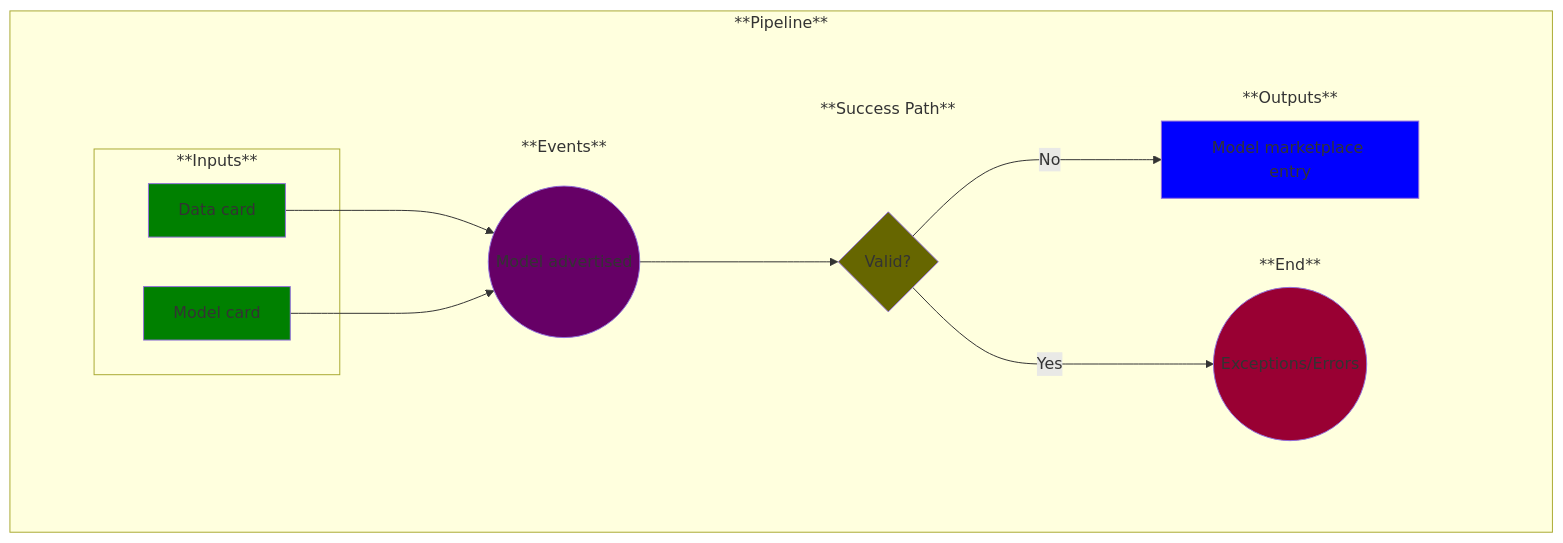
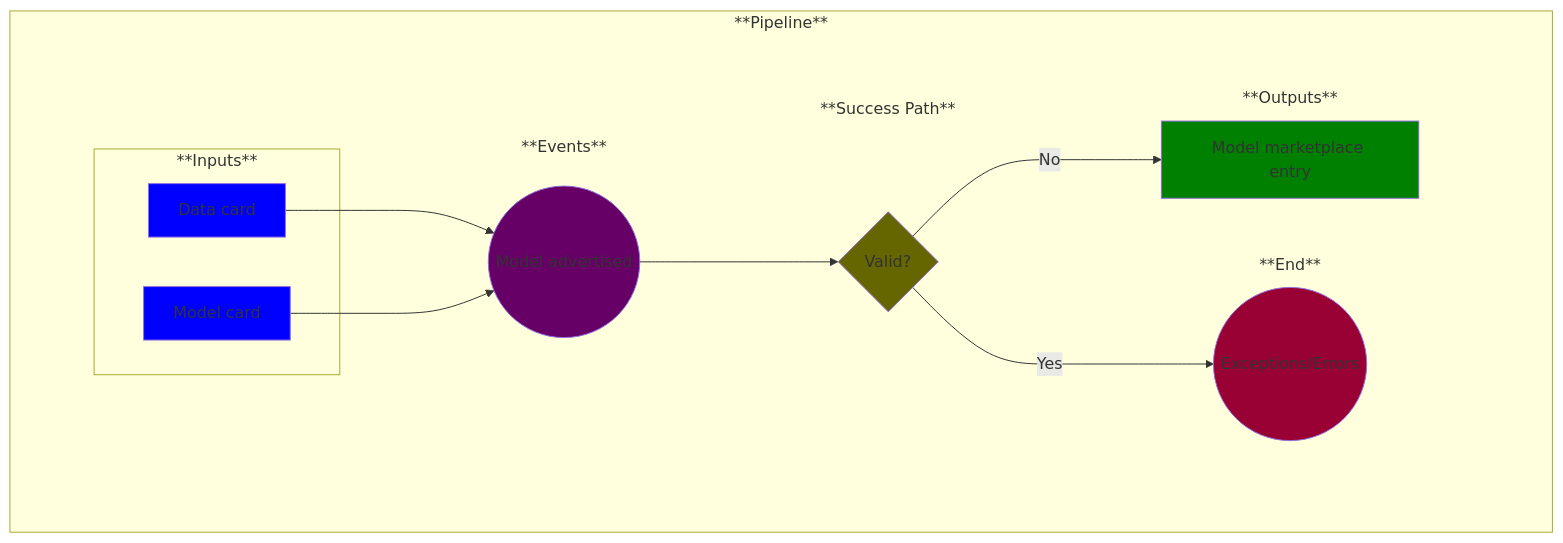
One commit to MLOps-OpenAPI/arch-diagrams changed the diagram in use-cases/17-model-marketplace.md. Above: the diagram before and after it, drawn with Mermaid. The commit also changed 9 other files, not shown here.

````diff
--- a/use-cases/17-model-marketplace.md
+++ b/use-cases/17-model-marketplace.md
@@ -16,74 +16,74 @@
 ```mermaid
 
 %% Creating a left-to-right flowchart
 %% Learn the syntax here: https://mermaid.js.org/syntax/flowchart.html
 %% Note: flowchart and graph are the same in Mermaid
 graph LR;
 
     %% Define the common flow items:
     %%A--> B
     %%B-->C
     subgraph Pipeline ["**Pipeline**"]
         
         %% Add an empty node to overcome some formatting issues
         subgraph invisibleSpace["<br/>"]
 
             %% Add the rest of the nodes
             subgraph Inputs ["**Inputs**"]
                 A1
             end
             subgraph Inputs ["**Inputs**"]
                 A2
             end
             subgraph Events ["**Events**"]
                 B
             end
             subgraph Success ["**Success Path**"]
                 C
             end
             subgraph End ["**End**"]
                 D
             end
             subgraph Outputs ["**Outputs**"]
                 E
             end
         end
         A1-->B
         A2-->B
         %%C--> | test text | D
         B-->C
         C--> |Yes | D
         C--> |No | E
         %%D--> | test text | E
     end
 
     %% Now label and style the blocks
     %% Note: You could have done this above, but I find this to be cleaner and easier to manage
 
     A1[Data card]
-    style A1 fill:green
+    style A1 fill:blue
 
     A2[Model card]
-    style A2 fill:green
+    style A2 fill:blue
 
     B((Model advertised))
     style B fill:#660066
 
     C{Valid?}
     style C fill:#666600
 
     D((Exceptions/Errors))
     style D fill:#990033
 
     E[Model marketplace entry]
-    style E fill:blue
+    style E fill:green
 
     %% Remove unnecessary box outlines
     style invisibleSpace stroke-width:0
     style Inputs stroke-width:0
     style Events stroke-width:0
     style End stroke-width:0
     style Success stroke-width:0
     style Outputs stroke-width:0
 
 ```
````
